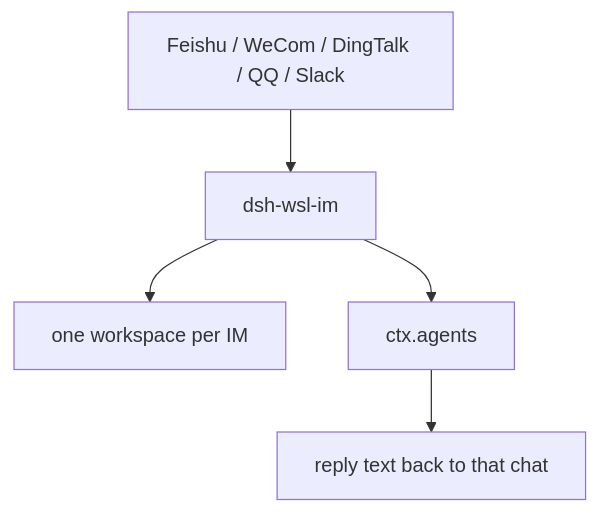
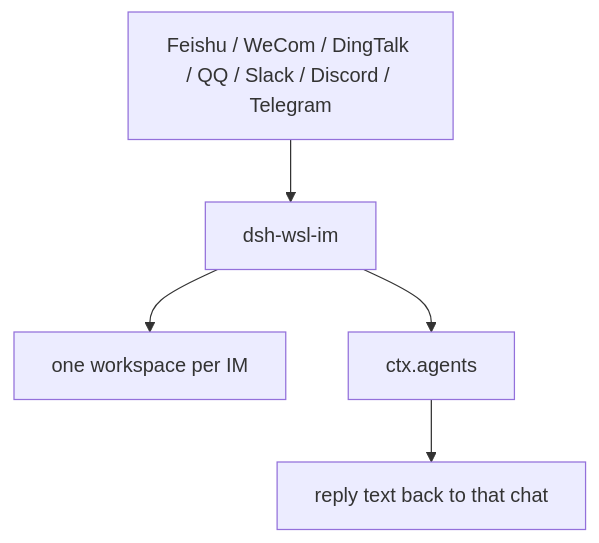
One commit to 173787247/dsh-wsl-im changed the diagram in README.md. Above: the diagram before and after it, drawn with Mermaid. The commit also changed other lines of this file and 15 other files, not shown here.

First line of the commit message:
feat: add Discord Gateway and Telegram long-poll adapters (v0.3.2)

````diff
--- a/README.md
+++ b/README.md
@@ -25,7 +25,7 @@
 ```mermaid
 flowchart TB
-  chats["Feishu / WeCom / DingTalk / QQ / Slack"] --> im["dsh-wsl-im"]
+  chats["Feishu / WeCom / DingTalk / QQ / Slack / Discord / Telegram"] --> im["dsh-wsl-im"]
   im --> ws["one workspace per IM"]
   im --> agents["ctx.agents"]
   agents --> reply["reply text back to that chat"]
 ```
````
